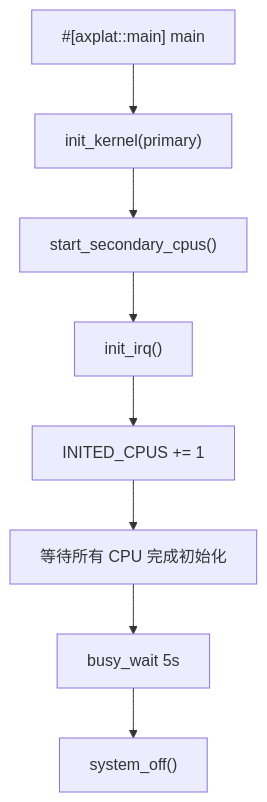
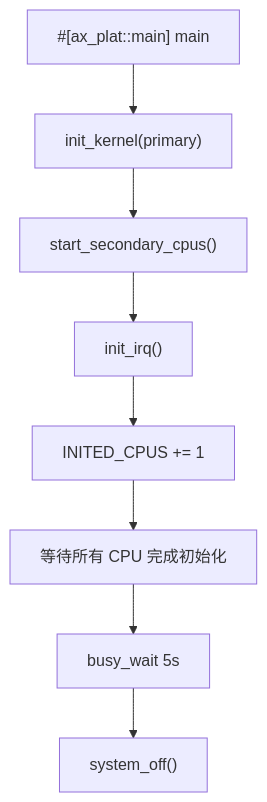
One commit to zKurisu/tgoskits changed the first of 3 diagrams in docs/crates/smp-kernel.md. Above: the diagram before and after it, drawn with Mermaid. The commit also changed other lines of this file and 199 other files, not shown here.

Commit message:
rename axplat to ax-plat

````diff
--- a/docs/crates/smp-kernel.md
+++ b/docs/crates/smp-kernel.md
@@ -26,10 +26,10 @@
 ```mermaid
 flowchart TD
-    A["#[axplat::main] main"] --> B["init_kernel(primary)"]
+    A["#[ax_plat::main] main"] --> B["init_kernel(primary)"]
     B --> C["start_secondary_cpus()"]
     C --> D["init_irq()"]
     D --> E["INITED_CPUS += 1"]
     E --> F["等待所有 CPU 完成初始化"]
     F --> G["busy_wait 5s"]
     G --> H["system_off()"]
 ```
````
